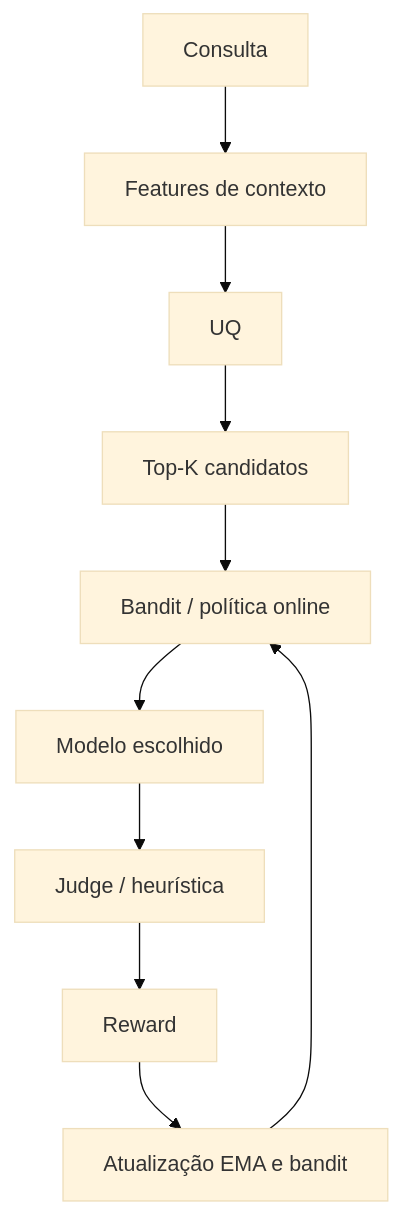
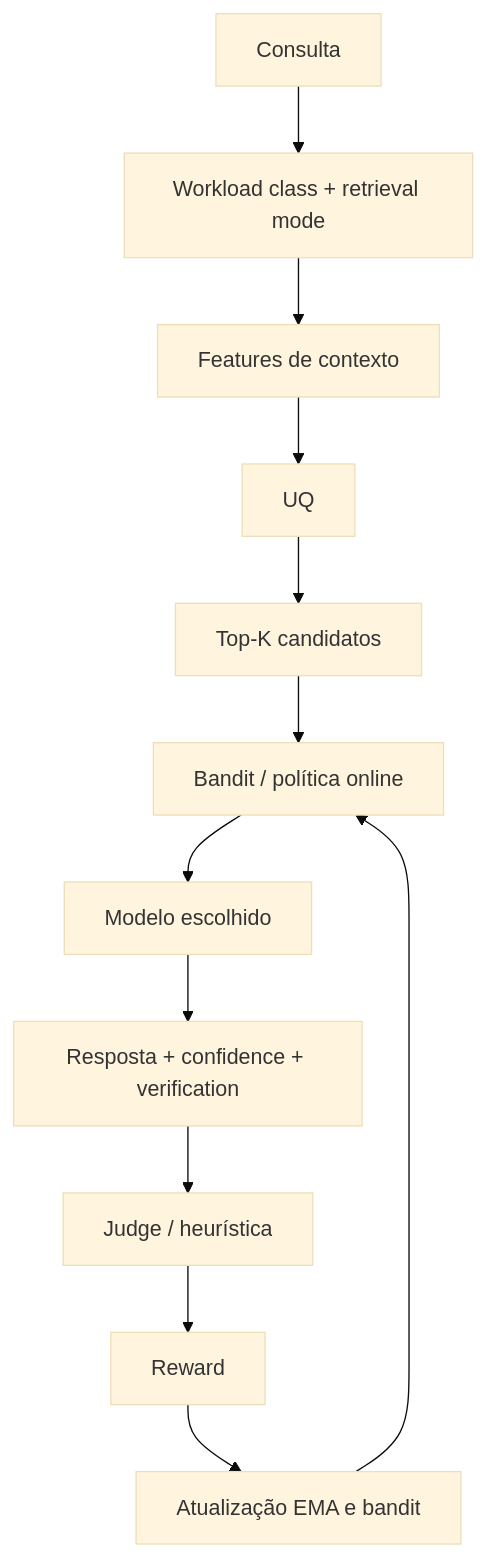
One commit to jeffersonduartebr/iag_forall changed the second of 2 diagrams in docs/ALGORITHMS.md. Above: the diagram before and after it, drawn with Mermaid (base theme). The commit also changed other lines of this file and 3 other files, not shown here.

First line of the commit message:
docs: refresh diagrams for async query flow and new response contract

````diff
--- a/docs/ALGORITHMS.md
+++ b/docs/ALGORITHMS.md
@@ -30,16 +31,18 @@
 ```mermaid
 flowchart TD
     A[Consulta]
-    B[Features de contexto]
-    C[UQ]
-    D[Top-K candidatos]
-    E[Bandit / política online]
-    F[Modelo escolhido]
-    G[Judge / heurística]
-    H[Reward]
-    I[Atualização EMA e bandit]
+    B[Workload class + retrieval mode]
+    C[Features de contexto]
+    D[UQ]
+    E[Top-K candidatos]
+    F[Bandit / política online]
+    G[Modelo escolhido]
+    H[Resposta + confidence + verification]
+    I[Judge / heurística]
+    J[Reward]
+    K[Atualização EMA e bandit]
 
-    A --> B --> C --> D --> E --> F
-    F --> G --> H --> I
-    I --> E
+    A --> B --> C --> D --> E --> F --> G --> H
+    H --> I --> J --> K
+    K --> F
 ```
````
